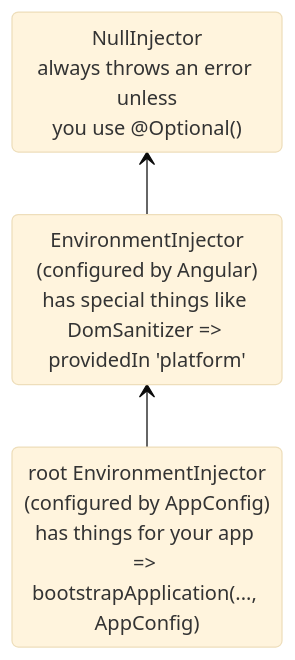
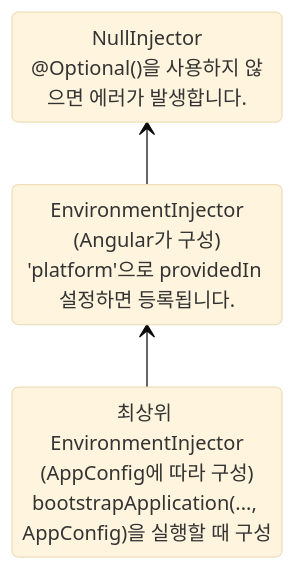
One commit to han41858/angular-ko changed the first of 3 diagrams in adev/src/content/guide/di/hierarchical-dependency-injection.md. Above: the diagram before and after it, drawn with Mermaid (base theme). The commit also changed other lines of this file, not shown here.

````diff
--- a/adev/src/content/guide/di/hierarchical-dependency-injection.md
+++ b/adev/src/content/guide/di/hierarchical-dependency-injection.md
@@ -88,10 +225,10 @@
 ```mermaid
 stateDiagram-v2
-    elementInjector: EnvironmentInjector<br>(configured by Angular)<br>has special things like DomSanitizer => providedIn 'platform'
-    rootInjector: root EnvironmentInjector<br>(configured by AppConfig)<br>has things for your app => bootstrapApplication(..., AppConfig)
-    nullInjector: NullInjector<br>always throws an error unless<br>you use @Optional()
+    elementInjector: EnvironmentInjector<br>(Angular가 구성)<br>'platform'으로 providedIn 설정하면 등록됩니다.
+    rootInjector: 최상위 EnvironmentInjector<br>(AppConfig에 따라 구성)<br>bootstrapApplication(..., AppConfig)을 실행할 때 구성
+    nullInjector: NullInjector<br>@Optional()을 사용하지 않으면 에러가 발생합니다.
 
     direction BT
     rootInjector --> elementInjector
     elementInjector --> nullInjector
 ```
````
